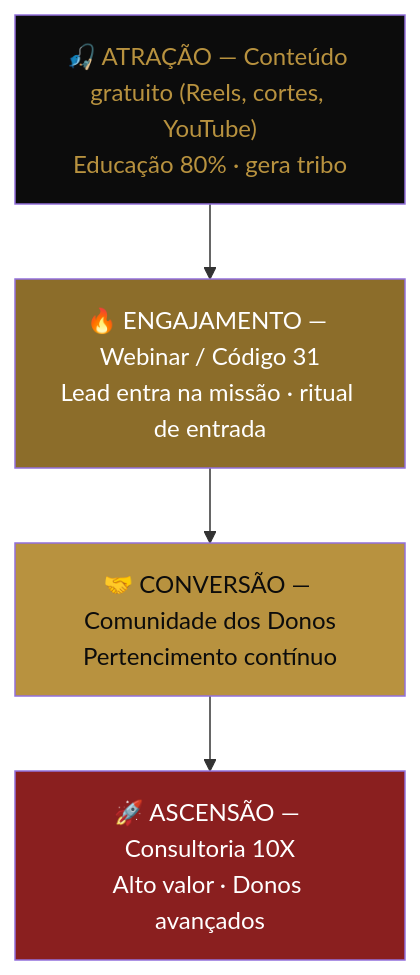
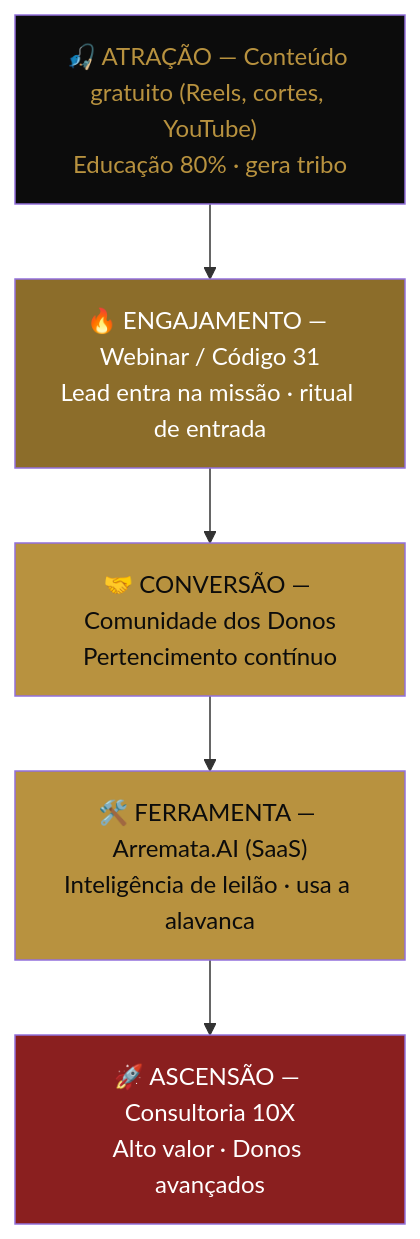
One commit to OrgGrupoMirandas/movimento-dos-donos changed the fourth of 4 diagrams in README.md. Above: the diagram before and after it, drawn with Mermaid. The commit also changed other lines of this file and 3 other files, not shown here.

````diff
--- a/README.md
+++ b/README.md
@@ -420,14 +420,16 @@
 ```mermaid
 graph TD
     A["🎣 ATRAÇÃO — Conteúdo gratuito (Reels, cortes, YouTube)<br/>Educação 80% · gera tribo"]
     B["🔥 ENGAJAMENTO — Webinar / Código 31<br/>Lead entra na missão · ritual de entrada"]
     C["🤝 CONVERSÃO — Comunidade dos Donos<br/>Pertencimento contínuo"]
+    F["🛠️ FERRAMENTA — Arremata.AI (SaaS)<br/>Inteligência de leilão · usa a alavanca"]
     D["🚀 ASCENSÃO — Consultoria 10X<br/>Alto valor · Donos avançados"]
 
-    A --> B --> C --> D
+    A --> B --> C --> F --> D
 
     style A fill:#0c0c0c,color:#b8923f
     style B fill:#8c6d2a,color:#fff
     style C fill:#b8923f,color:#0c0c0c
+    style F fill:#b8923f,color:#0c0c0c
     style D fill:#8a1f1f,color:#fff
 ```
````
